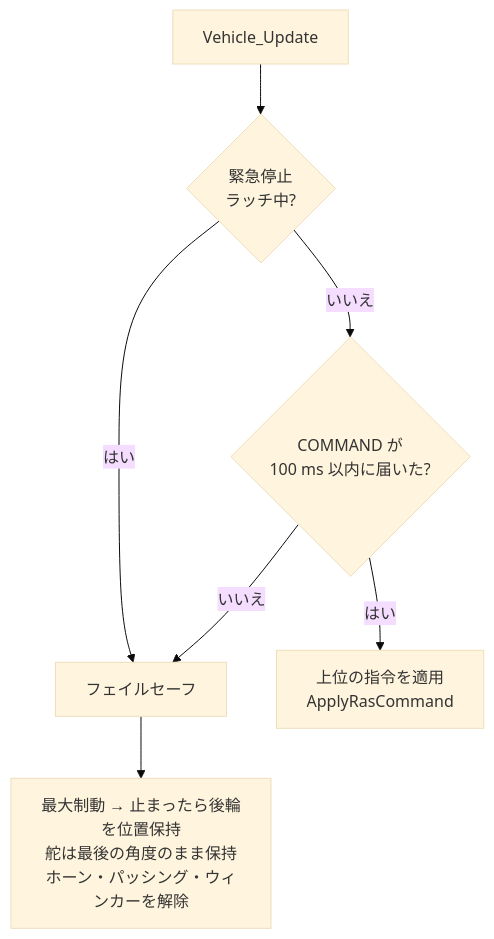
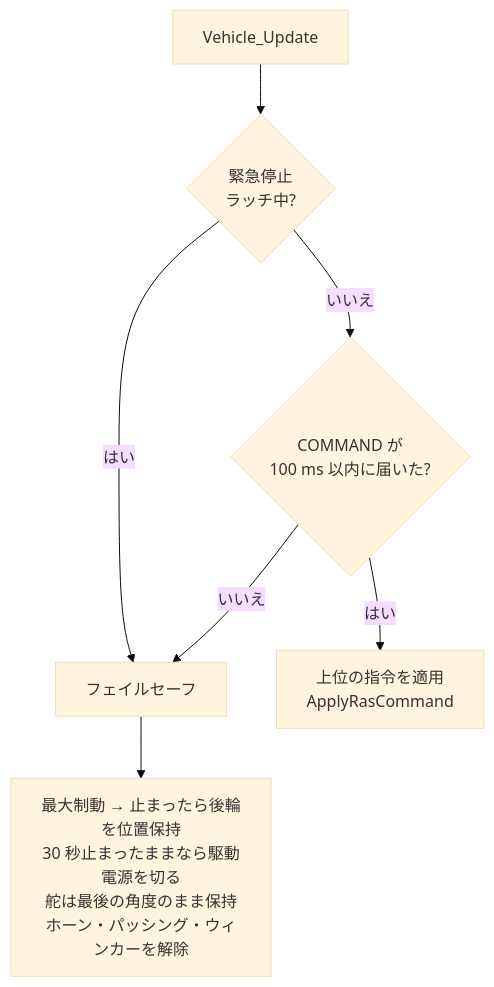
The first of 2 diagrams in docs/control/safety.md (banbatakumi/surge-mk2), drawn with Mermaid (base theme) before and after one commit. The commit also changed other lines of this file and 5 other files, not shown here.

````diff
--- a/docs/control/safety.md
+++ b/docs/control/safety.md
@@ -19,9 +20,9 @@
 ```mermaid
 flowchart TD
     S[Vehicle_Update] --> E{緊急停止<br/>ラッチ中?}
     E -- はい --> F[フェイルセーフ]
     E -- いいえ --> C{COMMAND が<br/>100 ms 以内に届いた?}
     C -- はい --> R[上位の指令を適用<br/>ApplyRasCommand]
     C -- いいえ --> F
-    F --> FB["最大制動 → 止まったら後輪を位置保持<br/>舵は最後の角度のまま保持<br/>ホーン・パッシング・ウィンカーを解除"]
+    F --> FB["最大制動 → 止まったら後輪を位置保持<br/>30 秒止まったままなら駆動電源を切る<br/>舵は最後の角度のまま保持<br/>ホーン・パッシング・ウィンカーを解除"]
 ```
````
